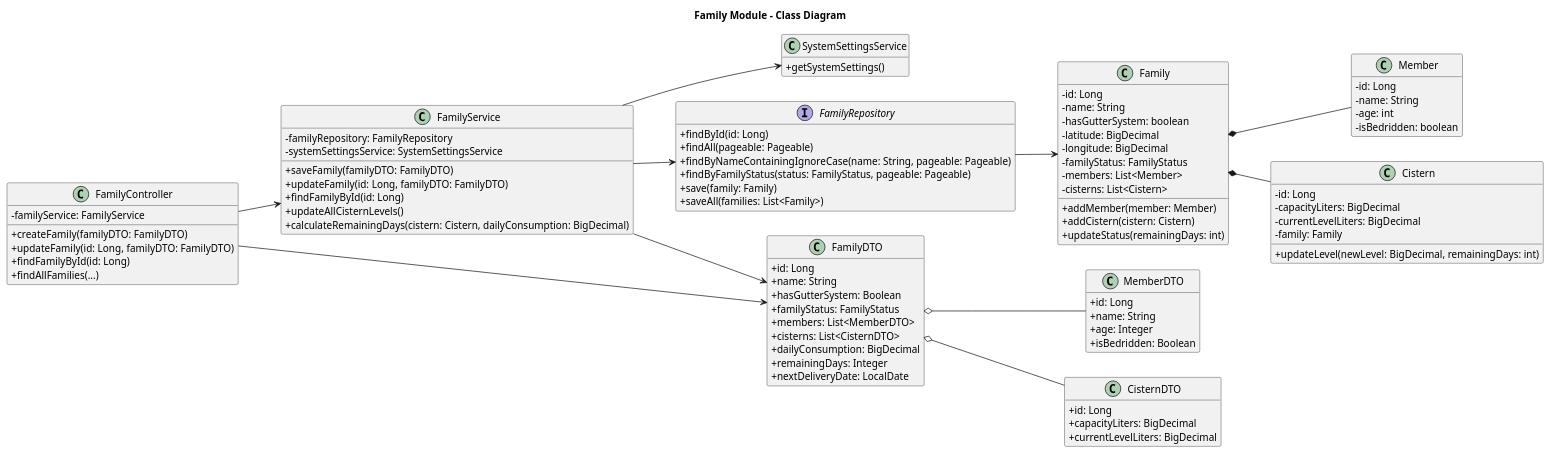
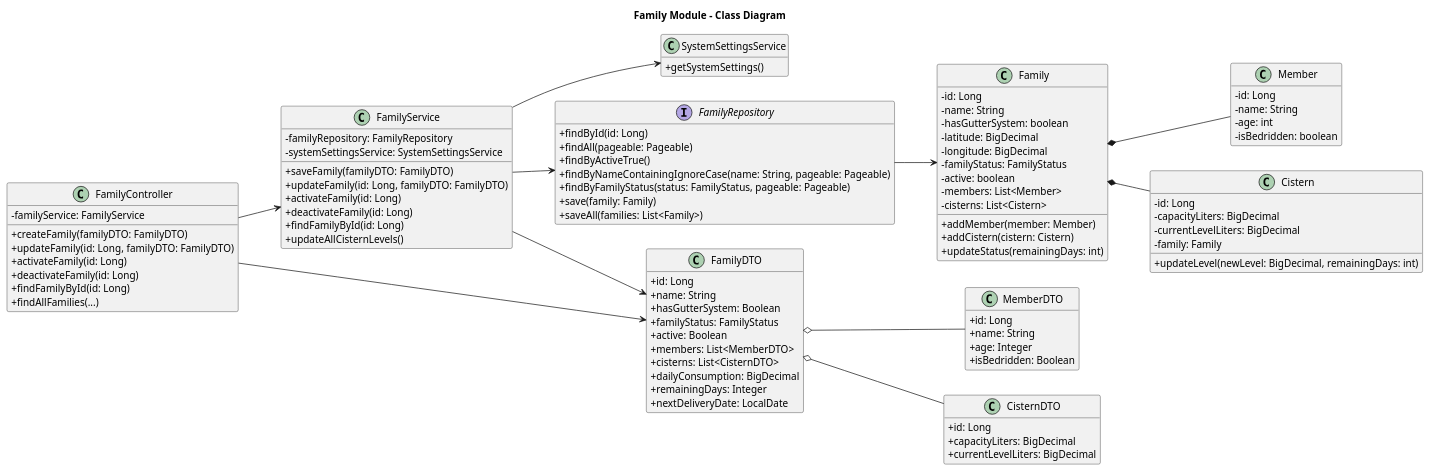
One commit to Lucasjapa/hydro-flow changed the diagram in docs/c4/code/family-classes.puml. Above: the diagram before and after it, drawn with PlantUML. The commit also changed 24 other files, not shown here.

```diff
--- a/docs/c4/code/family-classes.puml
+++ b/docs/c4/code/family-classes.puml
@@ -1,104 +1,110 @@
 @startuml family-classes
 title Family Module - Class Diagram
 
 skinparam classAttributeIconSize 0
 left to right direction
 hide empty members
 
 class FamilyController {
   - familyService: FamilyService
   + createFamily(familyDTO: FamilyDTO)
   + updateFamily(id: Long, familyDTO: FamilyDTO)
+  + activateFamily(id: Long)
+  + deactivateFamily(id: Long)
   + findFamilyById(id: Long)
   + findAllFamilies(...)
 }
 
 class FamilyService {
   - familyRepository: FamilyRepository
   - systemSettingsService: SystemSettingsService
   + saveFamily(familyDTO: FamilyDTO)
   + updateFamily(id: Long, familyDTO: FamilyDTO)
+  + activateFamily(id: Long)
+  + deactivateFamily(id: Long)
   + findFamilyById(id: Long)
   + updateAllCisternLevels()
-  + calculateRemainingDays(cistern: Cistern, dailyConsumption: BigDecimal)
 }
 
 class SystemSettingsService {
   + getSystemSettings()
 }
 
 interface FamilyRepository {
   + findById(id: Long)
   + findAll(pageable: Pageable)
+  + findByActiveTrue()
   + findByNameContainingIgnoreCase(name: String, pageable: Pageable)
   + findByFamilyStatus(status: FamilyStatus, pageable: Pageable)
   + save(family: Family)
   + saveAll(families: List<Family>)
 }
 
 class Family {
   - id: Long
   - name: String
   - hasGutterSystem: boolean
   - latitude: BigDecimal
   - longitude: BigDecimal
   - familyStatus: FamilyStatus
+  - active: boolean
   - members: List<Member>
   - cisterns: List<Cistern>
   + addMember(member: Member)
   + addCistern(cistern: Cistern)
   + updateStatus(remainingDays: int)
 }
 
 class Member {
   - id: Long
   - name: String
   - age: int
   - isBedridden: boolean
 }
 
 class Cistern {
   - id: Long
   - capacityLiters: BigDecimal
   - currentLevelLiters: BigDecimal
   - family: Family
   + updateLevel(newLevel: BigDecimal, remainingDays: int)
 }
 
 class FamilyDTO {
   + id: Long
   + name: String
   + hasGutterSystem: Boolean
   + familyStatus: FamilyStatus
+  + active: Boolean
   + members: List<MemberDTO>
   + cisterns: List<CisternDTO>
   + dailyConsumption: BigDecimal
   + remainingDays: Integer
   + nextDeliveryDate: LocalDate
 }
 
 class MemberDTO {
   + id: Long
   + name: String
   + age: Integer
   + isBedridden: Boolean
 }
 
 class CisternDTO {
   + id: Long
   + capacityLiters: BigDecimal
   + currentLevelLiters: BigDecimal
 }
 
 FamilyController --> FamilyService
 FamilyController --> FamilyDTO
 FamilyService --> FamilyRepository
 FamilyService --> SystemSettingsService
 FamilyService --> FamilyDTO
 FamilyRepository --> Family
 Family *-- Member
 Family *-- Cistern
 FamilyDTO o-- MemberDTO
 FamilyDTO o-- CisternDTO
 
 @enduml
```
